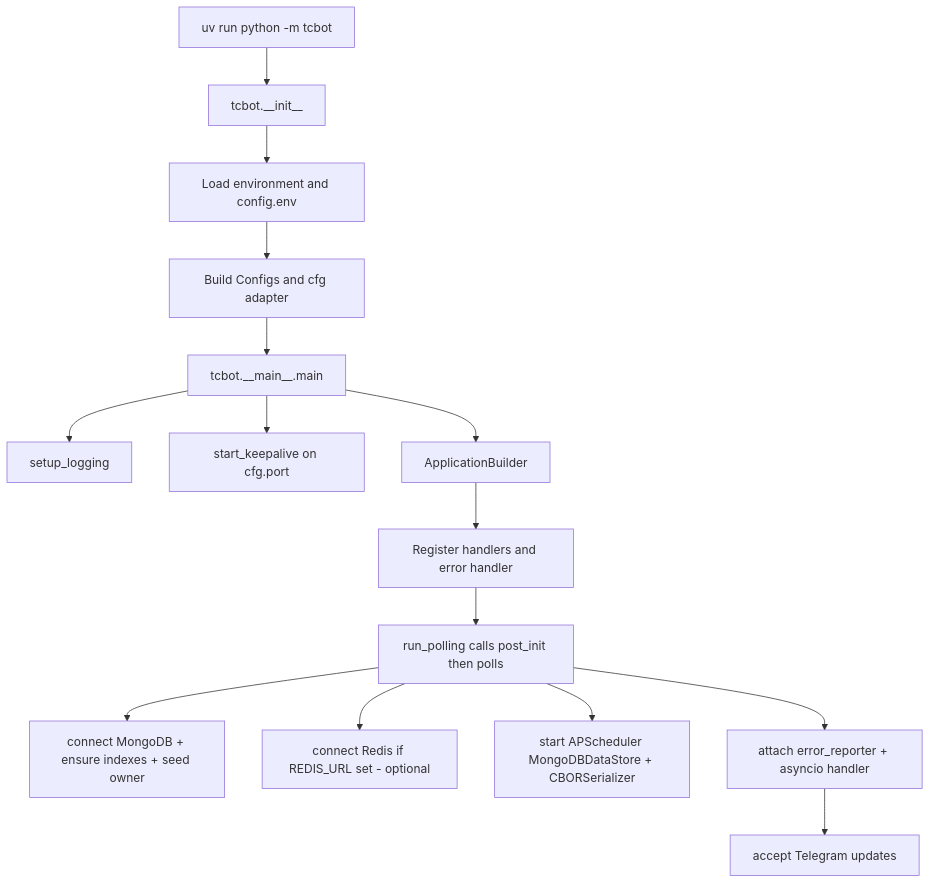
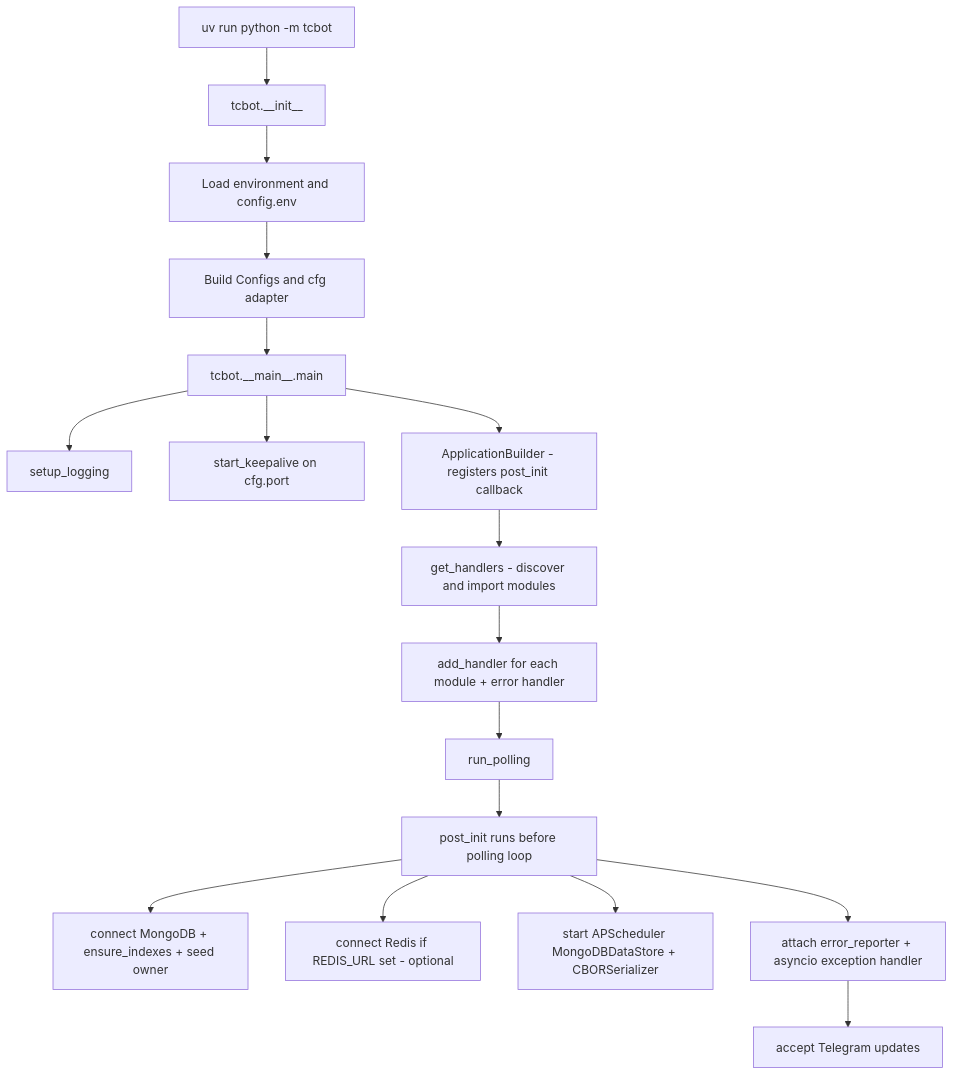
Before and after one commit to D1ZZY4/tcbot: the first of 2 diagrams in PLAN.md, drawn with Mermaid. The commit also changed 16 other files, not shown here.

````diff
--- a/PLAN.md
+++ b/PLAN.md
@@ -26,17 +26,19 @@
 ```mermaid
 flowchart TD
     Entry[uv run python -m tcbot] --> Init[tcbot.__init__]
     Init --> LoadEnv[Load environment and config.env]
     LoadEnv --> Config[Build Configs and cfg adapter]
     Config --> Main[tcbot.__main__.main]
     Main --> Logging[setup_logging]
     Main --> KeepAlive[start_keepalive on cfg.port]
-    Main --> Builder[ApplicationBuilder]
-    Builder --> Handlers[Register handlers and error handler]
-    Handlers --> Polling[run_polling calls post_init then polls]
-    Polling --> MongoDB[connect MongoDB + ensure indexes + seed owner]
-    Polling --> Redis[connect Redis if REDIS_URL set - optional]
-    Polling --> APSched[start APScheduler MongoDBDataStore + CBORSerializer]
-    Polling --> Reporter[attach error_reporter + asyncio handler]
+    Main --> Builder[ApplicationBuilder - registers post_init callback]
+    Builder --> Handlers[get_handlers - discover and import modules]
+    Handlers --> AddHandlers[add_handler for each module + error handler]
+    AddHandlers --> Polling[run_polling]
+    Polling --> PostInit[post_init runs before polling loop]
+    PostInit --> MongoDB[connect MongoDB + ensure_indexes + seed owner]
+    PostInit --> Redis[connect Redis if REDIS_URL set - optional]
+    PostInit --> APSched[start APScheduler MongoDBDataStore + CBORSerializer]
+    PostInit --> Reporter[attach error_reporter + asyncio exception handler]
     Reporter --> Updates[accept Telegram updates]
 ```
````
